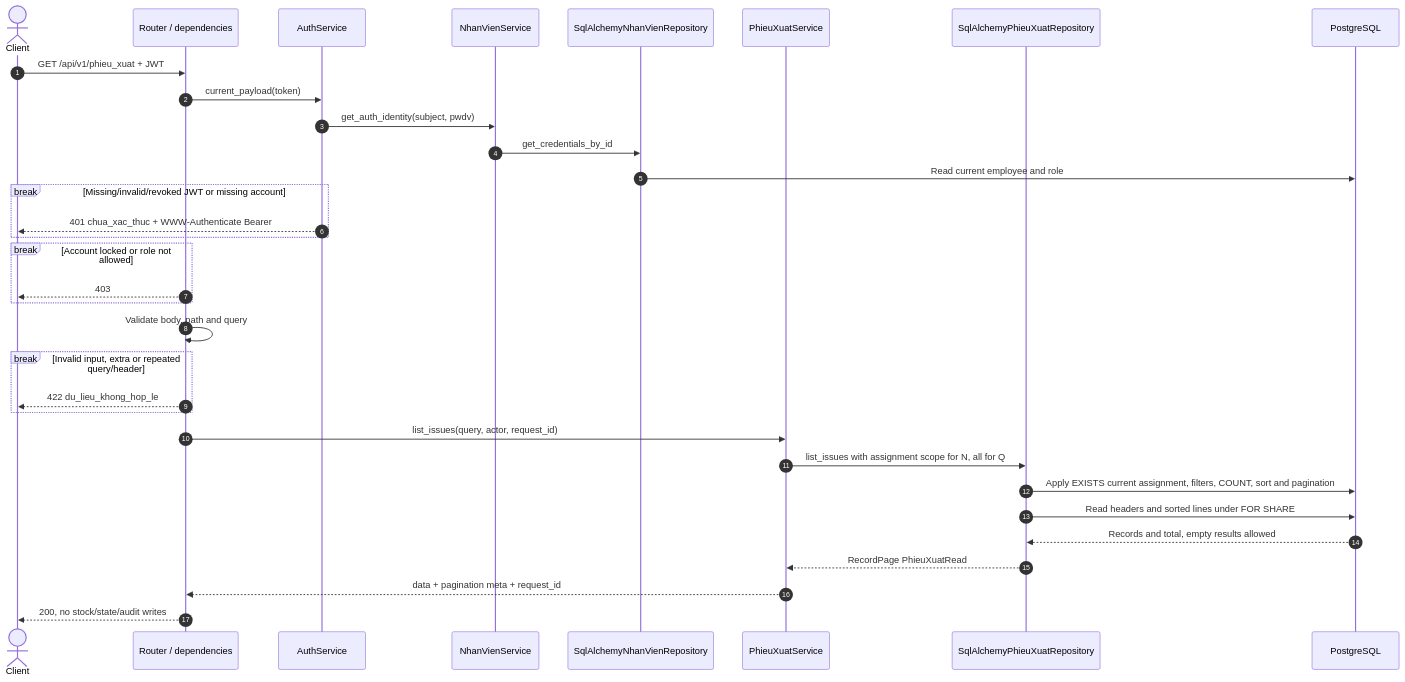
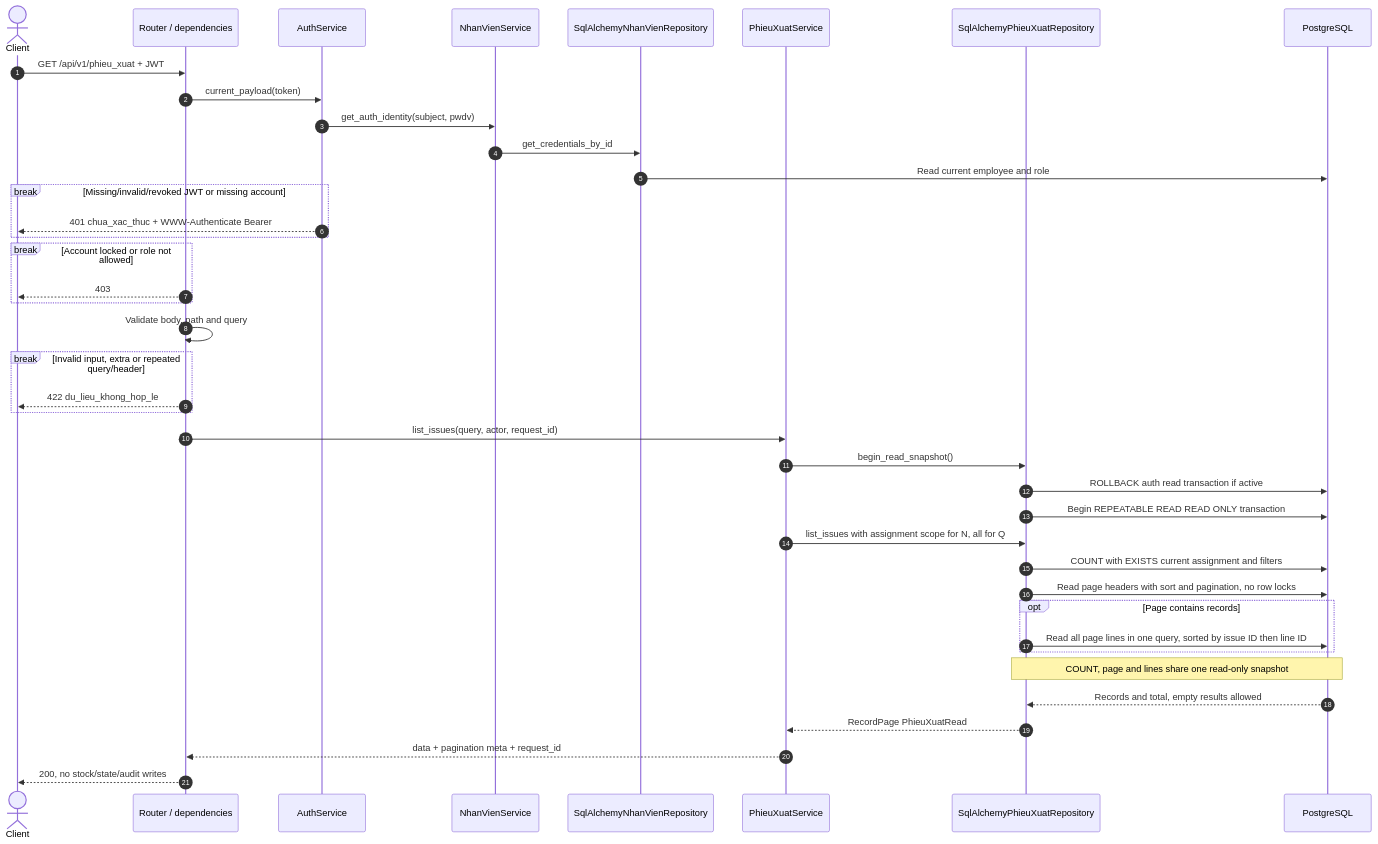
Before and after one commit to thanhklt/xbike-mrp-system: the first of 9 diagrams in docs/sequence/phieu_xuat.md, drawn with Mermaid. The commit also changed other lines of this file and 5 other files, not shown here.

````diff
--- a/docs/sequence/phieu_xuat.md
+++ b/docs/sequence/phieu_xuat.md
@@ -39,35 +41,42 @@
 ```mermaid
 sequenceDiagram
     autonumber
     actor C as Client
     participant R as Router / dependencies
     participant AU as AuthService
     participant NV as NhanVienService
     participant NR as SqlAlchemyNhanVienRepository
     participant S as PhieuXuatService
     participant P as SqlAlchemyPhieuXuatRepository
     participant DB as PostgreSQL
     C->>R: GET /api/v1/phieu_xuat + JWT
     R->>AU: current_payload(token)
     AU->>NV: get_auth_identity(subject, pwdv)
     NV->>NR: get_credentials_by_id
     NR->>DB: Read current employee and role
     break Missing/invalid/revoked JWT or missing account
         AU-->>C: 401 chua_xac_thuc + WWW-Authenticate Bearer
     end
     break Account locked or role not allowed
         R-->>C: 403
     end
     R->>R: Validate body, path and query
     break Invalid input, extra or repeated query/header
         R-->>C: 422 du_lieu_khong_hop_le
     end
     R->>S: list_issues(query, actor, request_id)
+    S->>P: begin_read_snapshot()
+    P->>DB: ROLLBACK auth read transaction if active
+    P->>DB: Begin REPEATABLE READ READ ONLY transaction
     S->>P: list_issues with assignment scope for N, all for Q
-    P->>DB: Apply EXISTS current assignment, filters, COUNT, sort and pagination
-    P->>DB: Read headers and sorted lines under FOR SHARE
+    P->>DB: COUNT with EXISTS current assignment and filters
+    P->>DB: Read page headers with sort and pagination, no row locks
+    opt Page contains records
+        P->>DB: Read all page lines in one query, sorted by issue ID then line ID
+    end
+    Note over P,DB: COUNT, page and lines share one read-only snapshot
     DB-->>P: Records and total, empty results allowed
     P-->>S: RecordPage PhieuXuatRead
     S-->>R: data + pagination meta + request_id
     R-->>C: 200, no stock/state/audit writes
 ```
````
